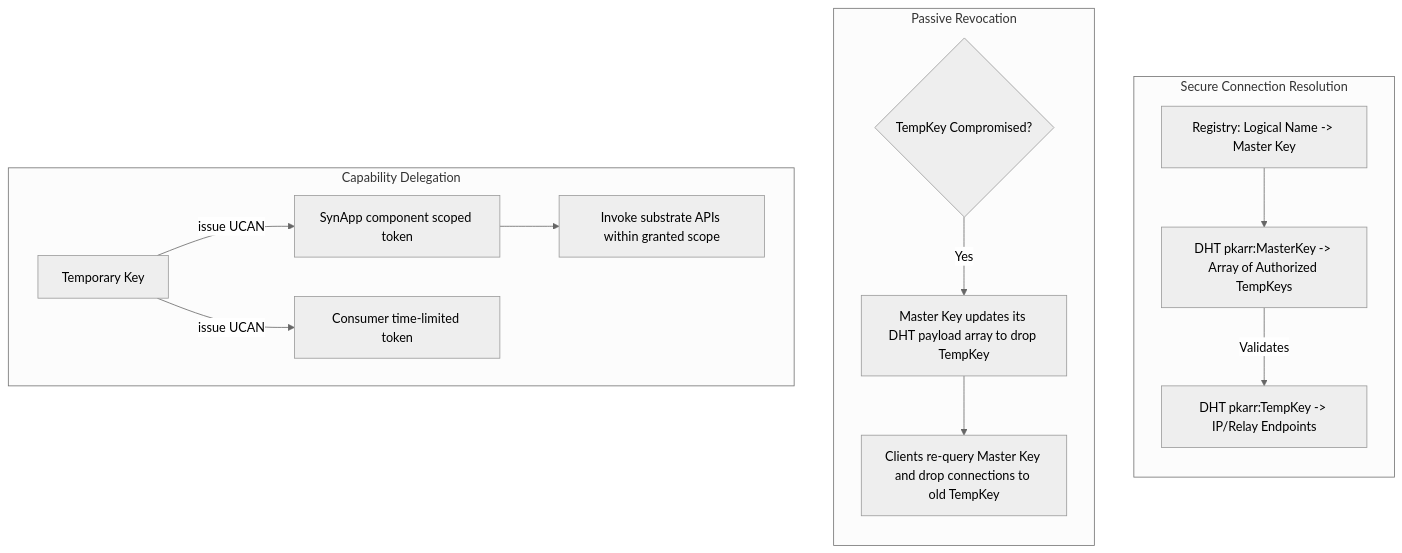
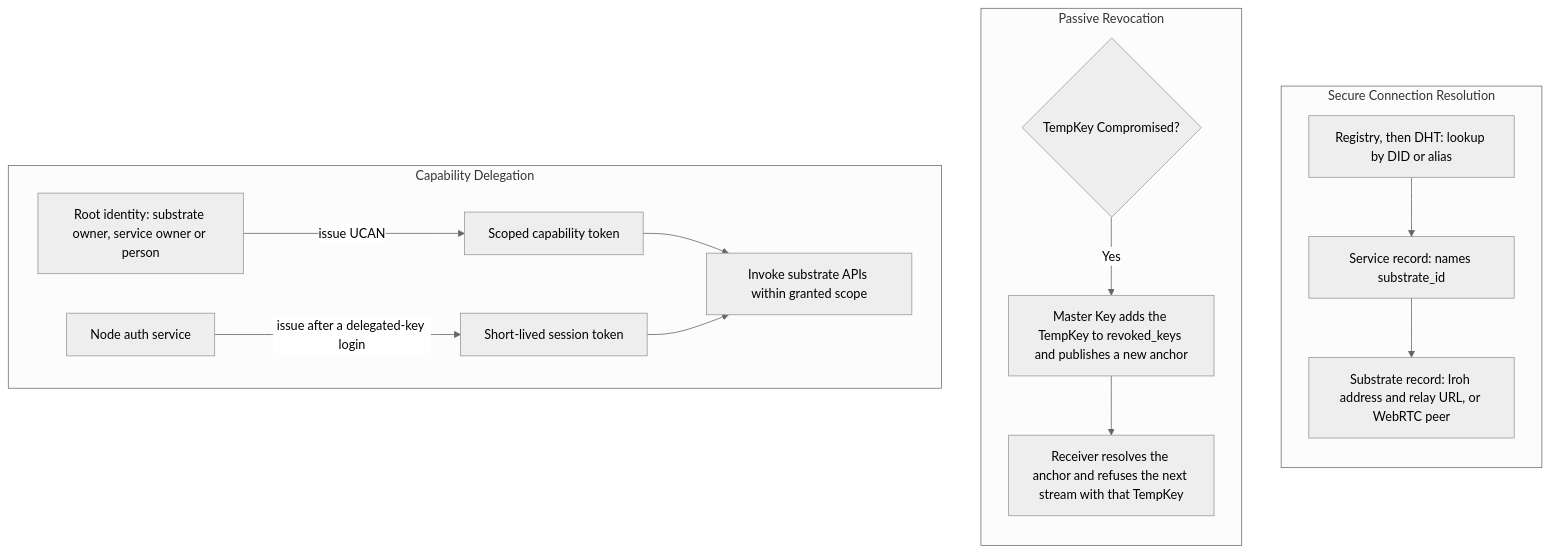
One commit to syneroym/syneroym changed the ninth of 22 diagrams in docs/system-architecture.md. Above: the diagram before and after it, drawn with Mermaid (neutral theme). The commit also changed other lines of this file and 2 other files, not shown here.

First line of the commit message:
docs(architecture): fix Layer 3 identity, merge headings

````diff
--- a/docs/system-architecture.md
+++ b/docs/system-architecture.md
@@ -548,25 +583,25 @@
 ```mermaid
 flowchart TD
     subgraph RESOLUTION["Secure Connection Resolution"]
         direction TB
-        REG[Registry: Logical Name -> Master Key]
-        MAST_DHT[DHT pkarr:MasterKey -> Array of Authorized TempKeys]
-        TEMP_DHT[DHT pkarr:TempKey -> IP/Relay Endpoints]
-        
-        REG --> MAST_DHT
-        MAST_DHT -->|Validates| TEMP_DHT
+        REG["Registry, then DHT: lookup by DID or alias"]
+        SVC_REC["Service record: names substrate_id"]
+        SUB_REC["Substrate record: Iroh address and relay URL, or WebRTC peer"]
+
+        REG --> SVC_REC --> SUB_REC
     end
 
     subgraph REVOCATION["Passive Revocation"]
         direction TB
         COMP{TempKey Compromised?}
-        COMP -->|Yes| UPD[Master Key updates its DHT payload array to drop TempKey]
-        UPD --> FAIL[Clients re-query Master Key and drop connections to old TempKey]
+        COMP -->|Yes| UPD[Master Key adds the TempKey to revoked_keys and publishes a new anchor]
+        UPD --> FAIL[Receiver resolves the anchor and refuses the next stream with that TempKey]
     end
 
     subgraph DELEGATION["Capability Delegation"]
-        ROOT[Temporary Key] -->|"issue UCAN"| APP[SynApp component scoped token]
-        ROOT -->|"issue UCAN"| CONSUMER_TOK[Consumer time-limited token]
+        ROOT["Root identity: substrate owner, service owner or person"] -->|"issue UCAN"| APP[Scoped capability token]
+        AUTH["Node auth service"] -->|"issue after a delegated-key login"| CONSUMER_TOK[Short-lived session token]
         APP --> INVOKE[Invoke substrate APIs within granted scope]
+        CONSUMER_TOK --> INVOKE
     end
 ```
````
